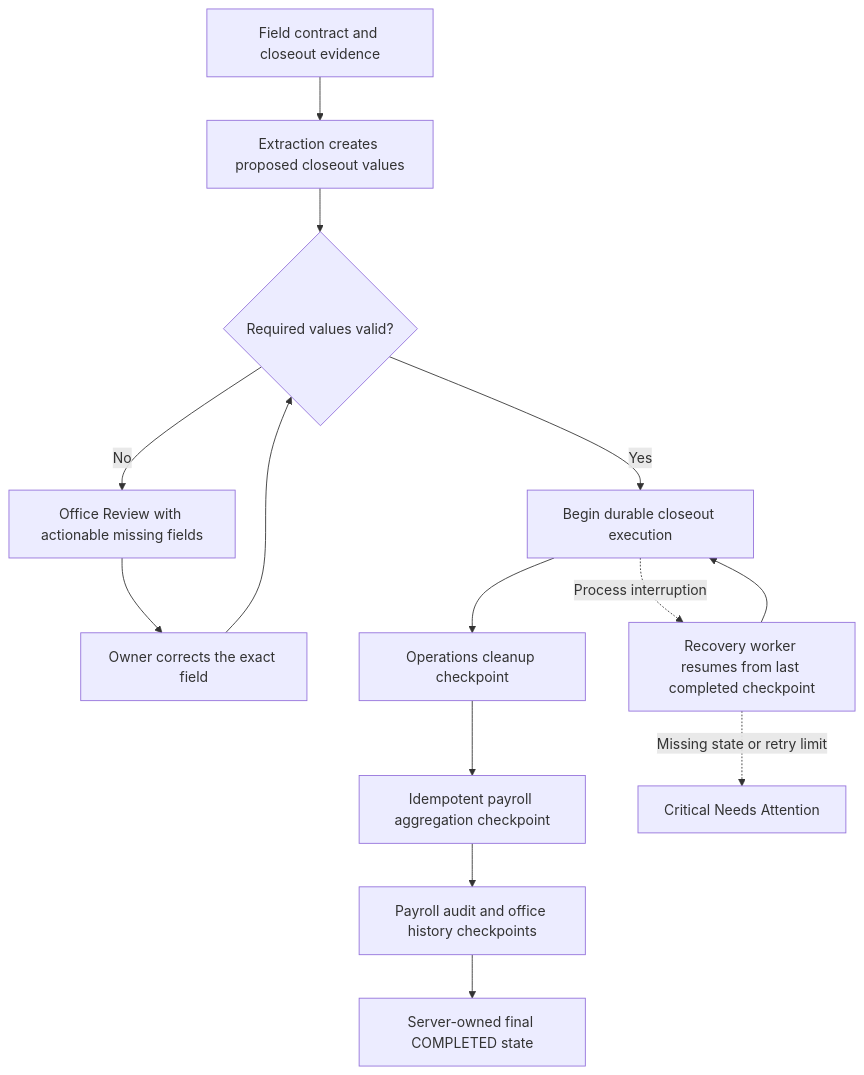
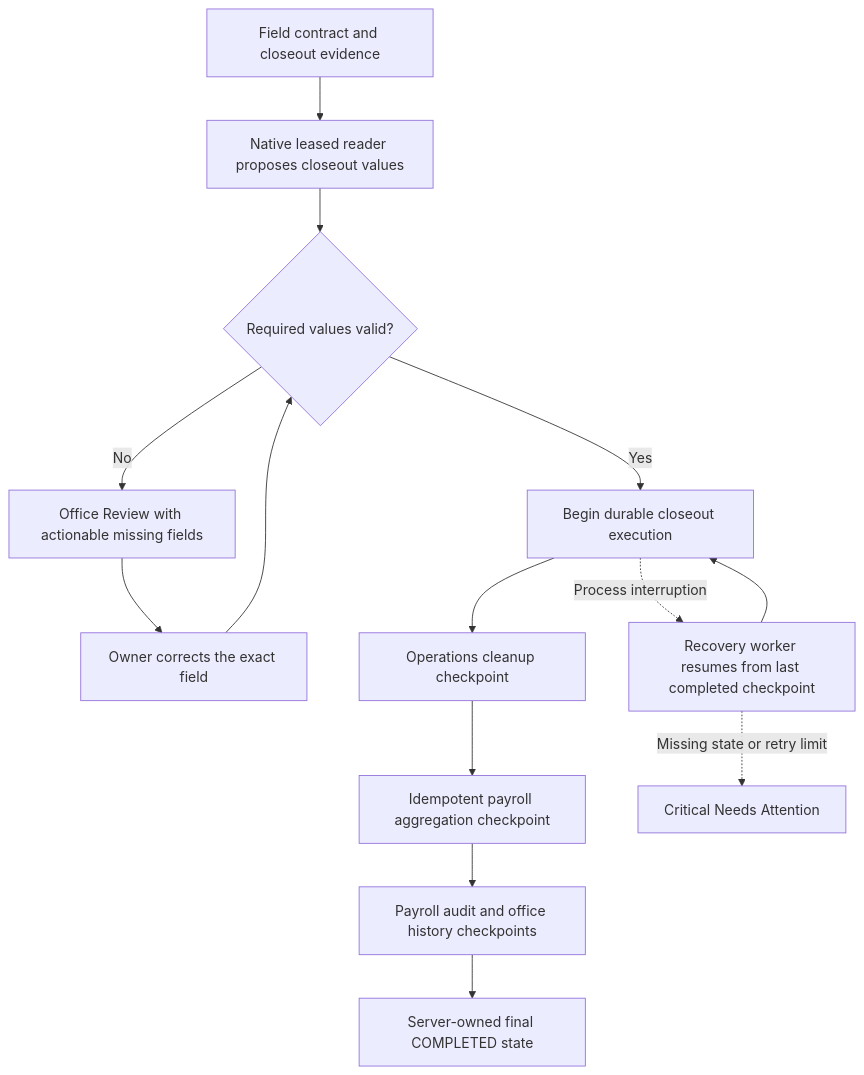
One commit to SKYBEAMS/SKYBEAMS changed the third of 3 diagrams in ENGINEERING_PROOF.md. Above: the diagram before and after it, drawn with Mermaid. The commit also changed other lines of this file, not shown here.

Commit message:
Refresh engineering proof with October source audit, CI and live canary evidence

````diff
--- a/ENGINEERING_PROOF.md
+++ b/ENGINEERING_PROOF.md
@@ -145,16 +198,16 @@
 ```mermaid
 flowchart TD
-    A["Field contract and closeout evidence"] --> B["Extraction creates proposed closeout values"]
+    A["Field contract and closeout evidence"] --> B["Native leased reader proposes closeout values"]
     B --> C{"Required values valid?"}
     C -->|"No"| D["Office Review with actionable missing fields"]
     D --> E["Owner corrects the exact field"]
     E --> C
     C -->|"Yes"| F["Begin durable closeout execution"]
     F --> G["Operations cleanup checkpoint"]
     G --> H["Idempotent payroll aggregation checkpoint"]
     H --> I["Payroll audit and office history checkpoints"]
     I --> J["Server-owned final COMPLETED state"]
     F -. "Process interruption" .-> K["Recovery worker resumes from last completed checkpoint"]
     K --> F
     K -. "Missing state or retry limit" .-> L["Critical Needs Attention"]
 ```
````
